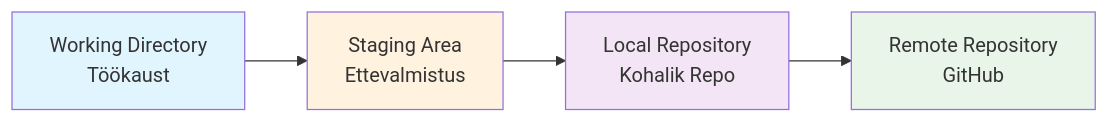
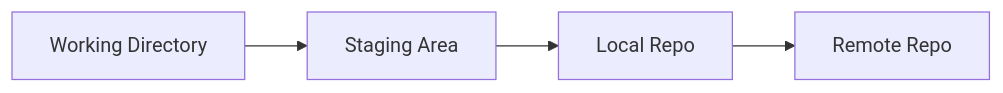
One commit to mtalvik/automatiseerimine_ext changed the diagram in git_version_control/lecture.md. Above: the diagram before and after it, drawn with Mermaid. The commit also changed other lines of this file, not shown here.

````diff
--- a/git_version_control/lecture.md
+++ b/git_version_control/lecture.md
@@ -47,11 +37,6 @@
 ```mermaid
 graph LR
-    A[Working Directory<br/>Töökaust] --> B[Staging Area<br/>Ettevalmistus]
-    B --> C[Local Repository<br/>Kohalik Repo]
-    C --> D[Remote Repository<br/>GitHub]
-    
-    style A fill:#e1f5fe
-    style B fill:#fff3e0
-    style C fill:#f3e5f5
-    style D fill:#e8f5e8
+    A[Working Directory] --> B[Staging Area]
+    B --> C[Local Repo]
+    C --> D[Remote Repo]
 ```
````
